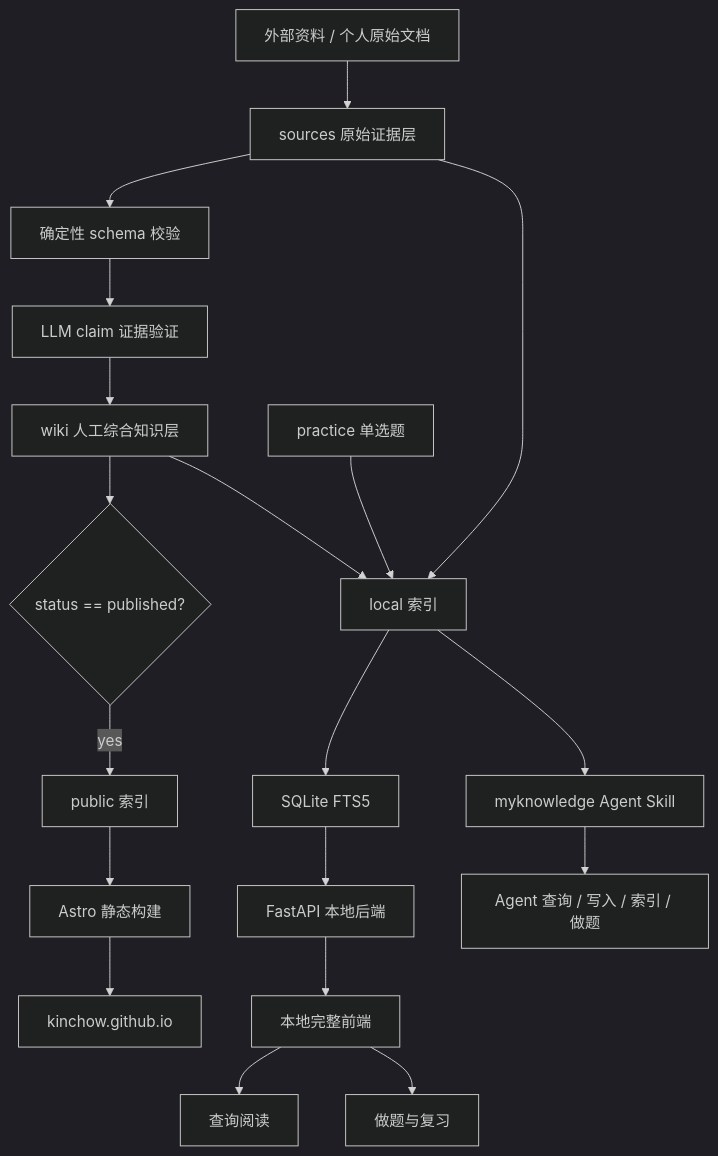
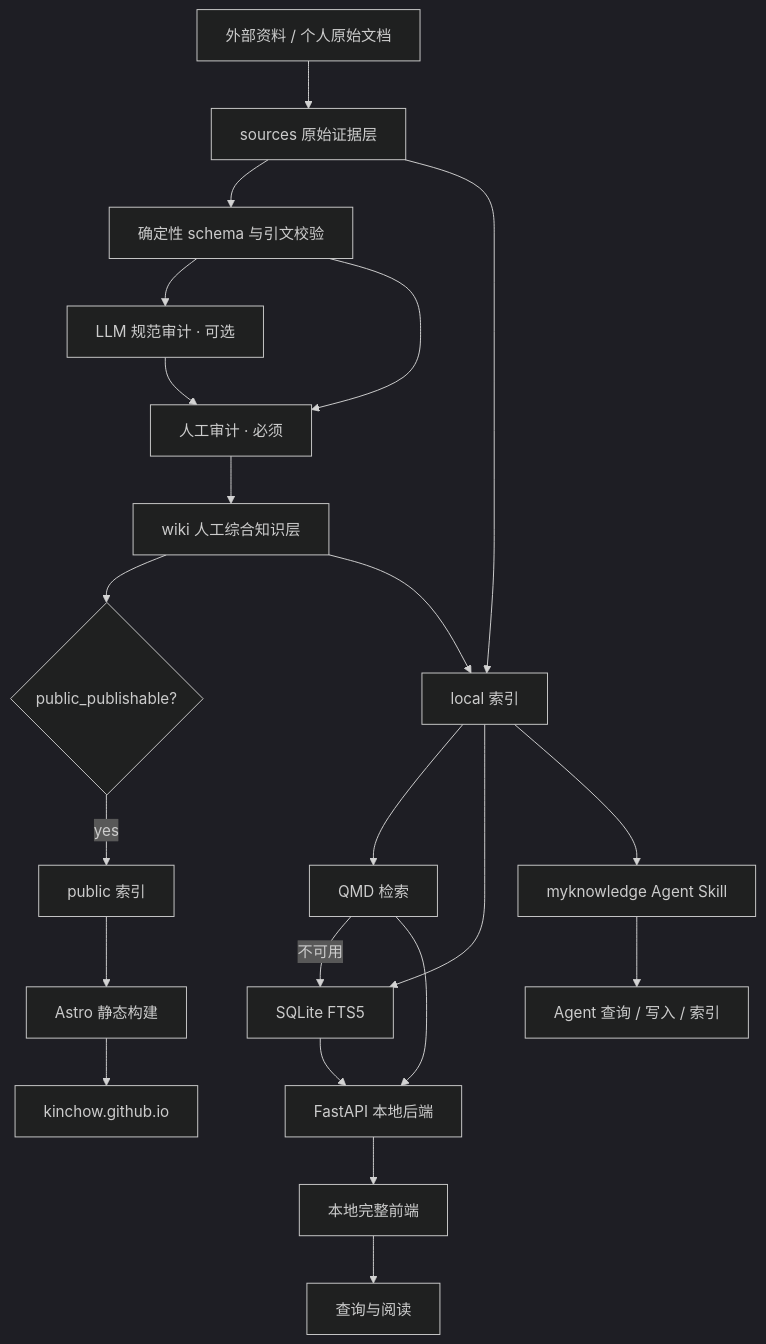
One commit to KinChow/MyKnowledge changed the diagram in docs/myknowledge-system-design.md. Above: the diagram before and after it, drawn with Mermaid (dark theme). The commit also changed other lines of this file and 46 other files, not shown here.

```diff
--- a/docs/myknowledge-system-design.md
+++ b/docs/myknowledge-system-design.md
@@ -88,23 +94,26 @@
 ~~~mermaid
 flowchart TD
     A[外部资料 / 个人原始文档] --> B[sources 原始证据层]
-    B --> C[确定性 schema 校验]
-    C --> D[LLM claim 证据验证]
-    D --> E[wiki 人工综合知识层]
-    E --> S{status == published?}
+    B --> C[确定性 schema 与引文校验]
+    C --> D[LLM 规范审计 · 可选]
+    C --> R[人工审计 · 必须]
+    D --> R
+    R --> E[wiki 人工综合知识层]
+    E --> S{public_publishable?}
     S -->|yes| F[public 索引]
     F --> G[Astro 静态构建]
     G --> H[kinchow.github.io]
 
     B --> I[local 索引]
     E --> I
-    J[practice 单选题] --> I
-    I --> K[SQLite FTS5]
+    I --> J[QMD 检索]
+    J -->|不可用| K[SQLite FTS5]
+    I --> K
     K --> L[FastAPI 本地后端]
+    J --> L
     L --> M[本地完整前端]
-    M --> N[查询阅读]
-    M --> O[做题与复习]
+    M --> N[查询与阅读]
 
     I --> P[myknowledge Agent Skill]
-    P --> Q[Agent 查询 / 写入 / 索引 / 做题]
+    P --> Q[Agent 查询 / 写入 / 索引]
 ~~~
```
